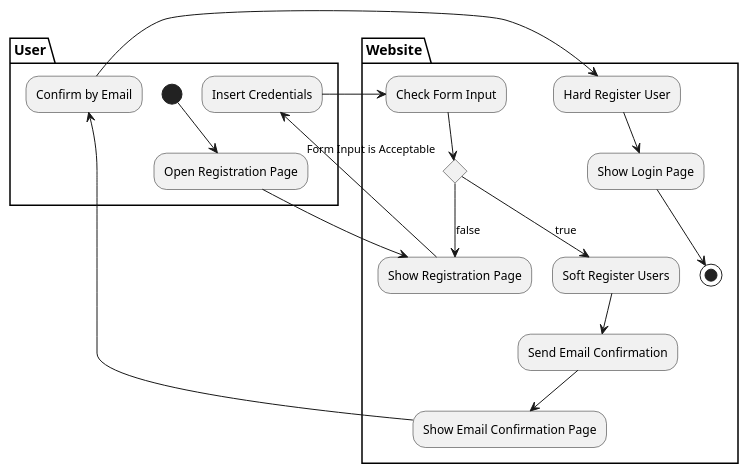
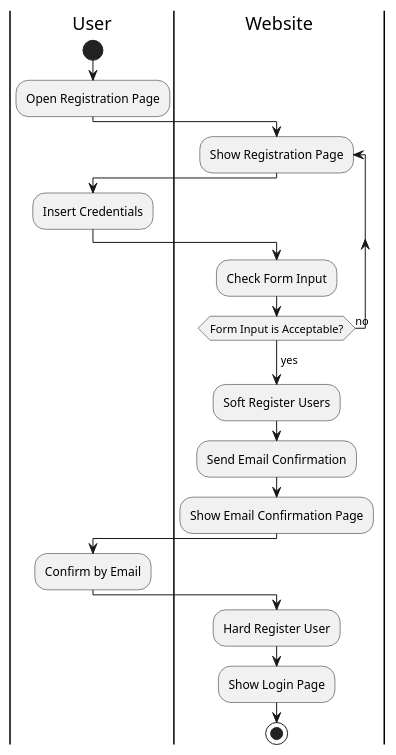
Before and after one commit to AntWort21/BHFMS: the diagram in Design/BHFMS_Activity/Register.puml, drawn with PlantUML. The commit also changed 4 other files, not shown here.

Commit message:
fixed activity diagram to new format

```diff
--- a/Design/BHFMS_Activity/Register.puml
+++ b/Design/BHFMS_Activity/Register.puml
@@ -1,35 +1,27 @@
 @startuml
+|User|
+start
+:Open Registration Page;
 
-partition User {
-    (*) --> "Open Registration Page"
-}
+|Website|
+repeat :Show Registration Page;
 
-partition Website {
-    "Open Registration Page" --> "Show Registration Page"
-}
+|User|
+:Insert Credentials;
 
-partition User {
-    "Show Registration Page" --> "Insert Credentials"
-}
+|Website|
+:Check Form Input;
+repeat while (Form Input is Acceptable?) is (no)
+    ->yes;
+:Soft Register Users;
+:Send Email Confirmation;
+:Show Email Confirmation Page;
 
-partition Website {
-    "Insert Credentials" --> "Check Form Input"
-    "Check Form Input" --> if "Form Input is Acceptable" then 
-    --> [true] "Soft Register Users"
-    else
-    --> [false] "Show Registration Page"
+|User|
+:Confirm by Email;
 
-    "Soft Register Users" --> "Send Email Confirmation"
-    "Send Email Confirmation" --> "Show Email Confirmation Page"
-}
-
-partition User {
-    "Show Email Confirmation Page" --> "Confirm by Email"
-}
-
-partition Website {
-    "Confirm by Email" --> "Hard Register User"
-    "Hard Register User" --> "Show Login Page"
-    "Show Login Page" --> (*)
-}
+|Website|
+:Hard Register User;
+:Show Login Page;
+stop
 @enduml
```
